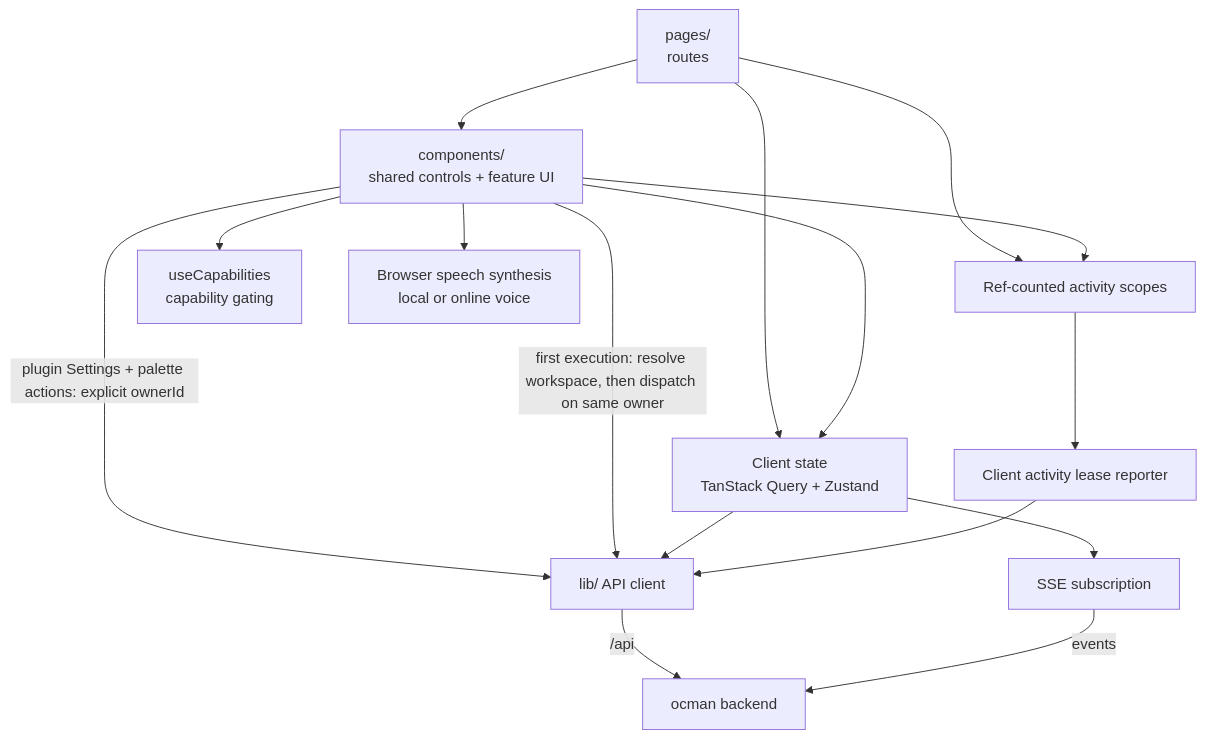
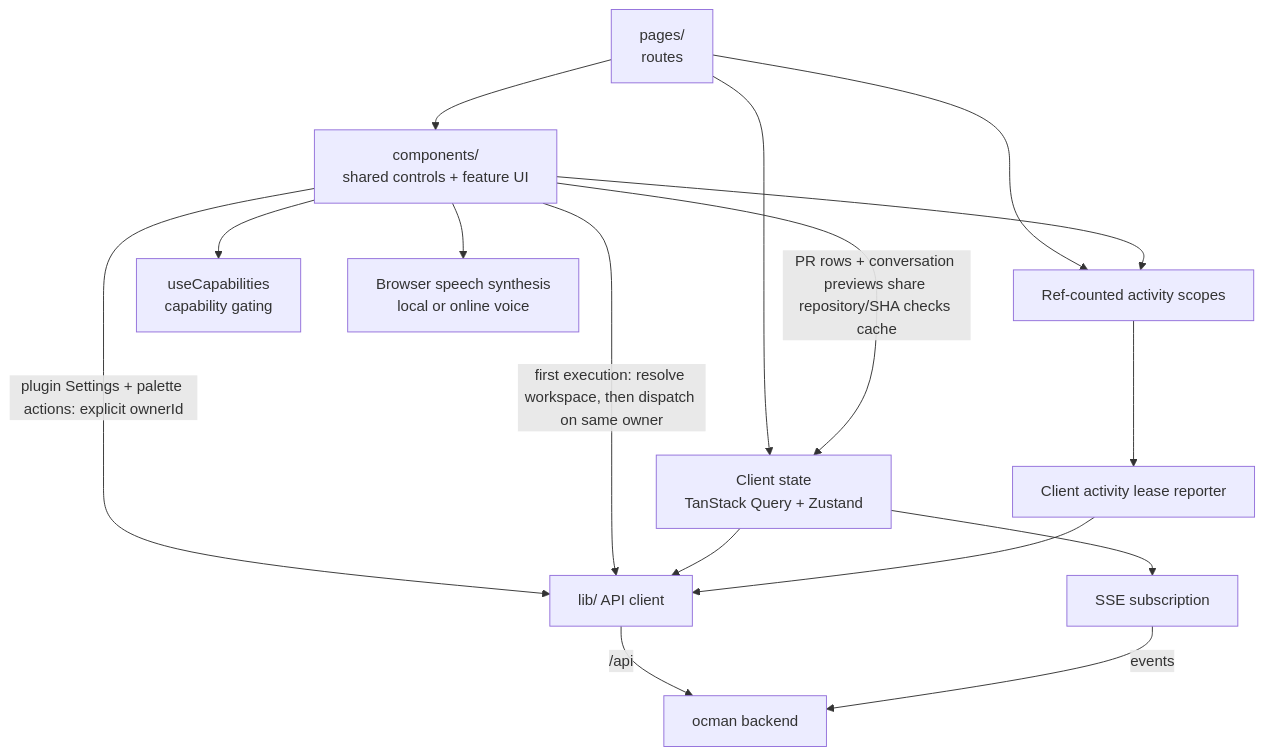
One commit to ocman/ocman changed the fourth of 5 diagrams in docs/other/architecture.md. Above: the diagram before and after it, drawn with Mermaid. The commit also changed other lines of this file and 16 other files, not shown here.

Commit message:
feat(frontend): share PR checks cache with conversation previews

````diff
--- a/docs/other/architecture.md
+++ b/docs/other/architecture.md
@@ -440,18 +447,18 @@
 ```mermaid
 flowchart TD
     Pages[pages/<br/>routes] --> Comp[components/<br/>shared controls + feature UI]
     Pages --> Stores[Client state<br/>TanStack Query + Zustand]
-    Comp --> Stores
+    Comp -->|PR rows + conversation previews share repository/SHA checks cache| Stores
     Comp -->|plugin Settings + palette actions: explicit ownerId| API
     Comp -->|first execution: resolve workspace, then dispatch on same owner| API
     Stores --> API[lib/ API client]
     Stores --> SSE[SSE subscription]
     Pages --> Scopes[Ref-counted activity scopes]
     Comp --> Scopes
     Scopes --> Reporter[Client activity lease reporter]
     Reporter --> API
     API -->|/api| Hub[ocman backend]
     SSE -->|events| Hub
     Comp --> Caps[useCapabilities<br/>capability gating]
     Comp --> Speech[Browser speech synthesis<br/>local or online voice]
 ```
````
